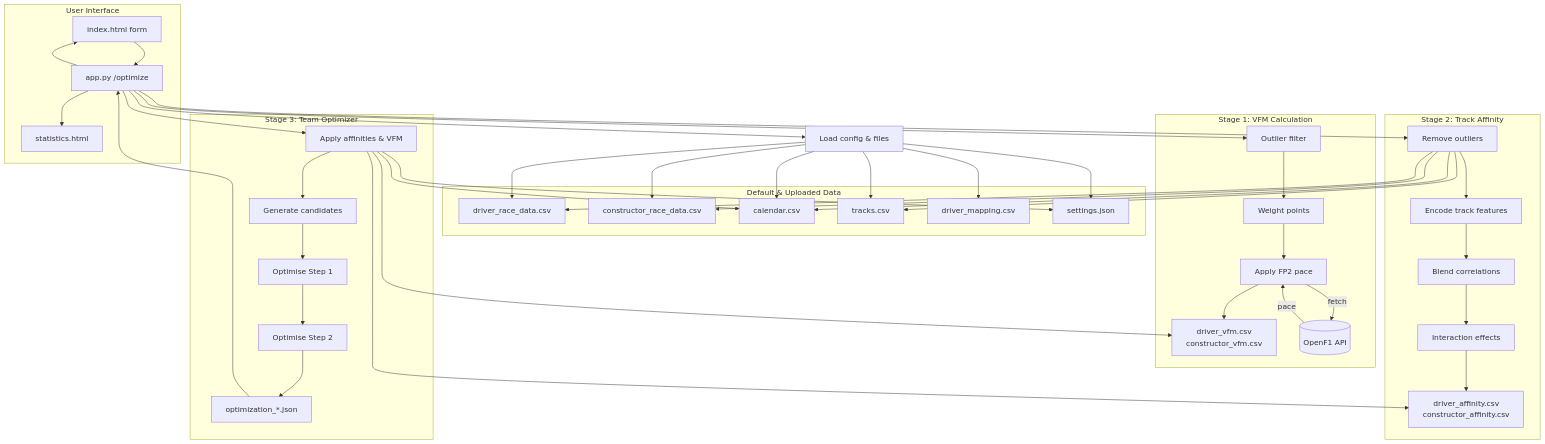
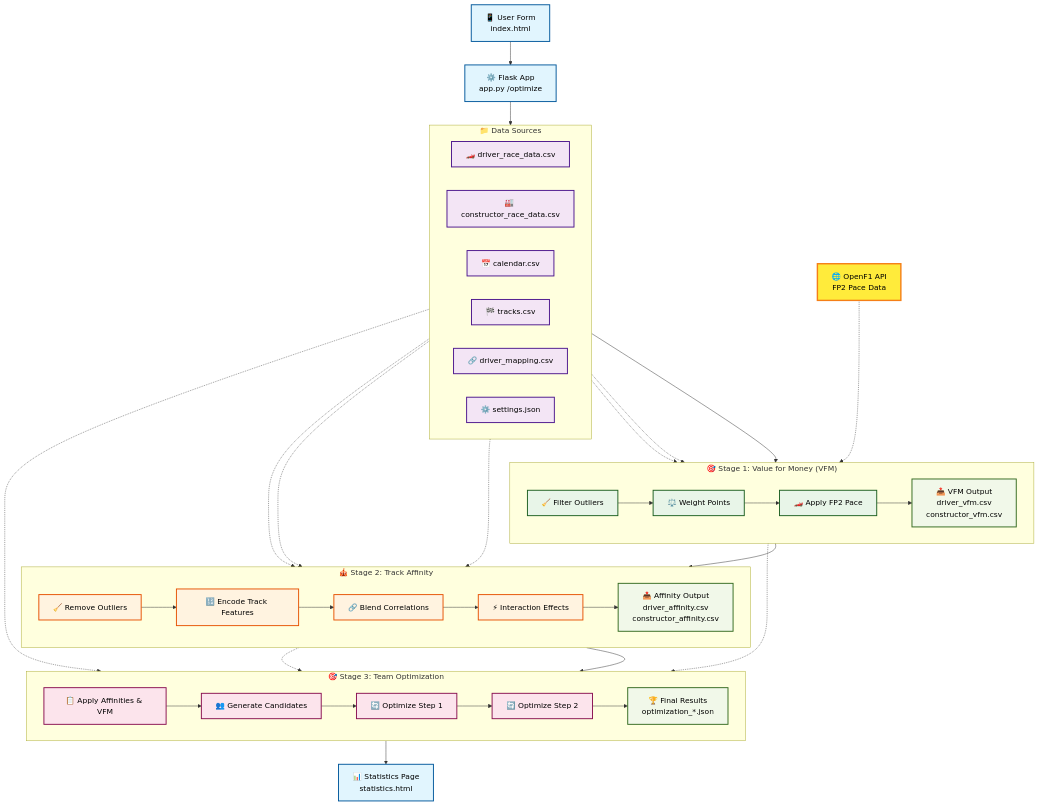
Before and after one commit to taylorelley/f1_fantasy: the diagram in readme.md, drawn with Mermaid.

````diff
--- a/readme.md
+++ b/readme.md
@@ -64,74 +64,84 @@
 ```mermaid
 flowchart TD
-    %% ----- User Interaction ----- %%
-    subgraph "User Interface"
-        UI["index.html form"]
-        STATS["statistics.html"]
-        APP["app.py /optimize"]
-        UI --> APP
+    %% Styling
+    classDef userInterface fill:#e1f5fe,stroke:#01579b,stroke-width:2px,color:#000
+    classDef dataFiles fill:#f3e5f5,stroke:#4a148c,stroke-width:2px,color:#000
+    classDef stage1 fill:#e8f5e8,stroke:#1b5e20,stroke-width:2px,color:#000
+    classDef stage2 fill:#fff3e0,stroke:#e65100,stroke-width:2px,color:#000
+    classDef stage3 fill:#fce4ec,stroke:#880e4f,stroke-width:2px,color:#000
+    classDef api fill:#ffeb3b,stroke:#f57f17,stroke-width:3px,color:#000
+    classDef output fill:#f1f8e9,stroke:#33691e,stroke-width:2px,color:#000
+
+    %% Top Row: User Interface
+    UI[📱 User Form<br/>index.html]:::userInterface
+    STATS[📊 Statistics Page<br/>statistics.html]:::userInterface
+    APP[⚙️ Flask App<br/>app.py /optimize]:::userInterface
+
+    %% Second Row: Data Sources
+    subgraph DATA ["📁 Data Sources"]
+        direction LR
+        D1[🏎️ driver_race_data.csv]:::dataFiles
+        D2[🏭 constructor_race_data.csv]:::dataFiles
+        C1[📅 calendar.csv]:::dataFiles
+        T1[🏁 tracks.csv]:::dataFiles
+        M[🔗 driver_mapping.csv]:::dataFiles
+        S[⚙️ settings.json]:::dataFiles
     end
 
-    %% ----- Persistent & Uploaded Data ----- %%
-    subgraph "Default & Uploaded Data"
-        D1["driver_race_data.csv"]
-        D2["constructor_race_data.csv"]
-        C1["calendar.csv"]
-        T1["tracks.csv"]
-        M["driver_mapping.csv"]
-        S["settings.json"]
+    %% External API
+    API[🌐 OpenF1 API<br/>FP2 Pace Data]:::api
+
+    %% Third Row: Stage 1 (highest priority)
+    subgraph STAGE1 ["🎯 Stage 1: Value for Money (VFM)"]
+        direction LR
+        CLEAN1[🧹 Filter Outliers]:::stage1
+        WEIGH[⚖️ Weight Points]:::stage1
+        FP2[🏎️ Apply FP2 Pace]:::stage1
+        VFMOUT[📤 VFM Output<br/>driver_vfm.csv<br/>constructor_vfm.csv]:::output
+        
+        CLEAN1 --> WEIGH --> FP2 --> VFMOUT
     end
 
-    APP --> LOAD["Load config & files"]
-    LOAD --> D1
-    LOAD --> D2
-    LOAD --> C1
-    LOAD --> T1
-    LOAD --> M
-    LOAD --> S
+    %% Fourth Row: Stage 2
+    subgraph STAGE2 ["🎪 Stage 2: Track Affinity"]
+        direction LR
+        CLEAN2[🧹 Remove Outliers]:::stage2
+        ENCODE[🔢 Encode Track Features]:::stage2
+        CORR[🔗 Blend Correlations]:::stage2
+        INTER[⚡ Interaction Effects]:::stage2
+        AFFOUT[📤 Affinity Output<br/>driver_affinity.csv<br/>constructor_affinity.csv]:::output
+        
+        CLEAN2 --> ENCODE --> CORR --> INTER --> AFFOUT
+    end
 
-    %% ----- Stage 1: VFM Calculation ----- %%
-    subgraph "Stage 1: VFM Calculation"
-        CLEAN["Outlier filter"]
-        WEIGH["Weight points"]
-        FP2["Apply FP2 pace"]
-        VFMOUT["driver_vfm.csv\nconstructor_vfm.csv"]
-        CLEAN --> WEIGH --> FP2 --> VFMOUT
-        FP2 -- fetch --> API[("OpenF1 API")]
-        API -- pace --> FP2
-    end
-    APP --> CLEAN
-
-    %% ----- Stage 2: Track Affinity ----- %%
-    subgraph "Stage 2: Track Affinity"
-        OUT["Remove outliers"]
-        ENCODE["Encode track features"]
-        CORR["Blend correlations"]
-        INTER["Interaction effects"]
-        AFFOUT["driver_affinity.csv\nconstructor_affinity.csv"]
-        OUT --> ENCODE --> CORR --> INTER --> AFFOUT
-    end
-    APP --> OUT
-    OUT --> D1
-    OUT --> D2
-    OUT --> C1
-    OUT --> T1
-
-    %% ----- Stage 3: Team Optimizer ----- %%
-    subgraph "Stage 3: Team Optimizer"
-        PREP["Apply affinities & VFM"]
-        CANDS["Generate candidates"]
-        STEP1["Optimise Step 1"]
-        STEP2["Optimise Step 2"]
-        RESULT["optimization_*.json"]
+    %% Fifth Row: Stage 3 (lowest priority)
+    subgraph STAGE3 ["🎯 Stage 3: Team Optimization"]
+        direction LR
+        PREP[📋 Apply Affinities & VFM]:::stage3
+        CANDS[👥 Generate Candidates]:::stage3
+        STEP1[🔄 Optimize Step 1]:::stage3
+        STEP2[🔄 Optimize Step 2]:::stage3
+        RESULT[🏆 Final Results<br/>optimization_*.json]:::output
+        
         PREP --> CANDS --> STEP1 --> STEP2 --> RESULT
     end
-    APP --> PREP
-    PREP --> VFMOUT
-    PREP --> AFFOUT
-    PREP --> C1
-    PREP --> S
 
-    RESULT --> APP
-    APP --> UI
-    APP --> STATS
+    %% Vertical Flow Connections
+    UI --> APP
+    APP --> DATA
+    DATA --> STAGE1
+    STAGE1 --> STAGE2
+    STAGE2 --> STAGE3
+    RESULT --> STATS
+
+    %% Data Dependencies
+    API -.-> FP2
+    D1 -.-> CLEAN1
+    D2 -.-> CLEAN1
+    D1 -.-> CLEAN2
+    D2 -.-> CLEAN2
+    T1 -.-> CLEAN2
+    VFMOUT -.-> PREP
+    AFFOUT -.-> PREP
+    S -.-> PREP
 ```
````
